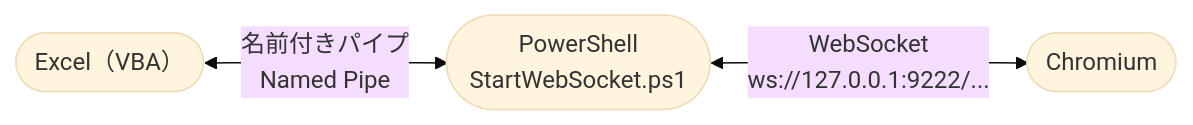
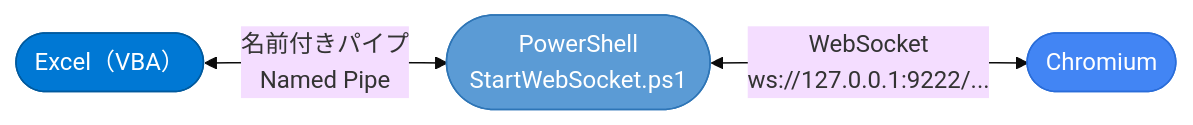
The first of 5 diagrams in Extensions/MainUnit/CDP/WebSocketViaNamedPipe/README.md (Eschamali/StarterWebScrapingKit), drawn with Mermaid (base theme) before and after one commit. The commit also changed other lines of this file, not shown here.

````diff
--- a/Extensions/MainUnit/CDP/WebSocketViaNamedPipe/README.md
+++ b/Extensions/MainUnit/CDP/WebSocketViaNamedPipe/README.md
@@ -12,5 +12,9 @@
 ```mermaid
 flowchart LR
-    A(["Excel（VBA）"]) <-->|"名前付きパイプ\n Named Pipe "| B(["PowerShell\nStartWebSocket.ps1"])
-    B <-->|"WebSocket\nws://127.0.0.1:9222/..."| C(["Chromium"])
+    classDef windows  fill:#0078D4,color:#fff,stroke:#005a9e
+    classDef ps        fill:#5B9BD5,color:#fff,stroke:#2E75B6
+    classDef chrome    fill:#4285F4,color:#fff,stroke:#2a6dd9
+
+    A(["Excel（VBA）"]):::windows <-->|"名前付きパイプ\n Named Pipe "| B(["PowerShell\nStartWebSocket.ps1"]):::ps
+    B <-->|"WebSocket\nws://127.0.0.1:9222/..."| C(["Chromium"]):::chrome
 ```
````
